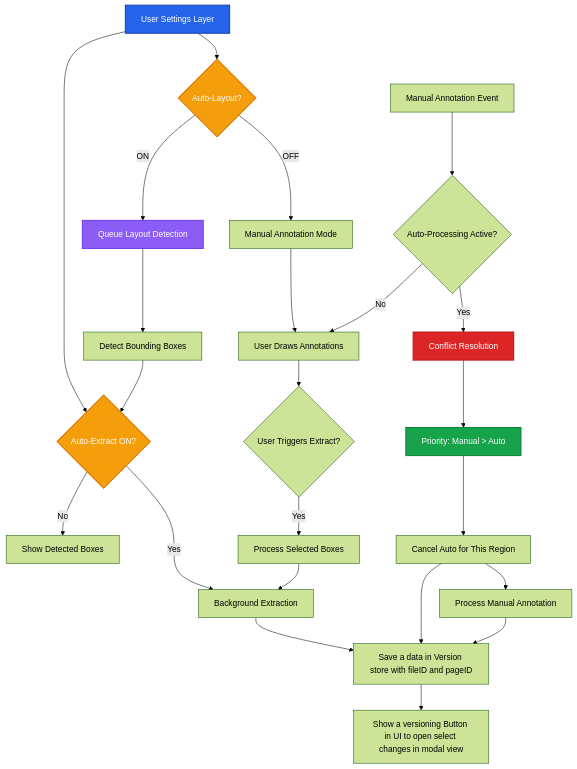
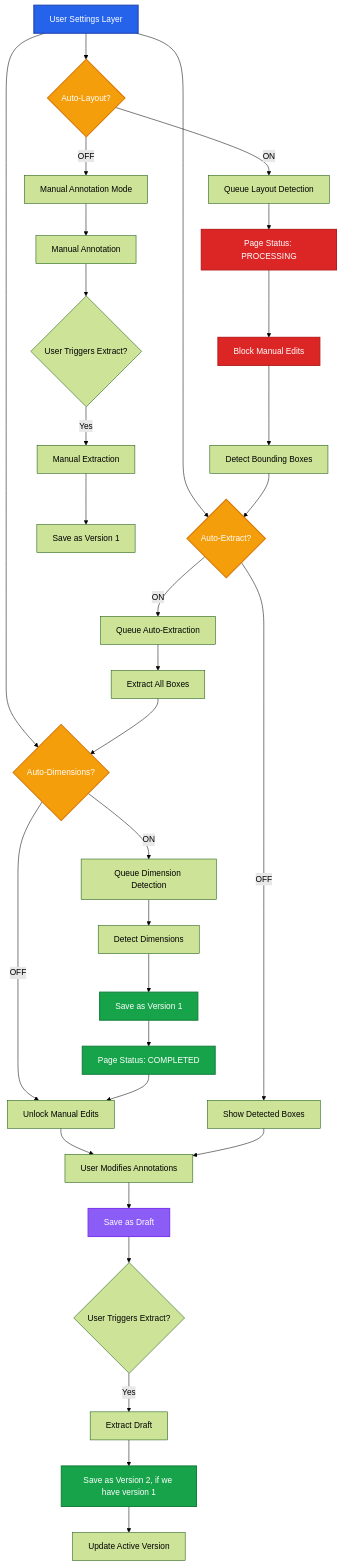
Before and after one commit to coffeeinc-in/adeos-fe-docs: the first of 5 diagrams in content/v3-iteration/user-control-flow.mdx, drawn with Mermaid (forest theme). The commit also changed other lines of this file, not shown here.

Commit message:
Implement feature X to enhance user experience and fix bug Y in module Z

````diff
--- a/content/v3-iteration/user-control-flow.mdx
+++ b/content/v3-iteration/user-control-flow.mdx
@@ -7,41 +7,53 @@
 ```mermaid
 graph TD
     A[User Settings Layer] --> B{Auto-Layout?}
-    A --> I{Auto-Extract ON?}
+    A --> C{Auto-Extract?}
+    A --> D{Auto-Dimensions?}
 
-    B -->|ON| D[Queue Layout Detection]
-    B -->|OFF| E[Manual Annotation Mode]
+    B -->|ON| E[Queue Layout Detection]
+    B -->|OFF| F[Manual Annotation Mode]
 
+    E --> G[Page Status: PROCESSING]
+    G --> H[Block Manual Edits]
+    H --> I[Detect Bounding Boxes]
+    I --> C
 
+    C -->|ON| J[Queue Auto-Extraction]
+    C -->|OFF| K[Show Detected Boxes]
 
-    D --> H[Detect Bounding Boxes]
-    H --> I{Auto-Extract ON?}
-    I -->|Yes| N
-    I -->|No| J[Show Detected Boxes]
+    J --> L[Extract All Boxes]
+    L --> D
 
-    E --> K[User Draws Annotations]
-    K --> L{User Triggers Extract?}
-    L -->|Yes| M[Process Selected Boxes]
+    D -->|ON| M[Queue Dimension Detection]
+    D -->|OFF| Q[Save as Version 1]
 
-    M --> N[Background Extraction]
-    N --> U
+    M --> O[Detect Dimensions]
+    O --> N[Save as Version 1]
+    N --> P[Page Status: COMPLETED]
+    P --> Q[Unlock Manual Edits]
 
-    O[Manual Annotation Event] --> P{Auto-Processing Active?}
-    P -->|Yes| Q[Conflict Resolution]
-    P -->|No| K
+    F --> R[Manual Annotation]
+    R --> S{User Triggers Extract?}
+    S -->|Yes| T[Manual Extraction]
+    T --> U[Save as Version 1]
 
-    Q --> R[Priority: Manual > Auto]
-    R --> S[Cancel Auto for This Region]
-    S --> U[Save a data in Version store with fileID and pageID]
-    S --> T[Process Manual Annotation]
-    T --> U
-    U --> V[Show a versioning Button in UI to open select changes in modal view]
+    Q --> V[User Modifies Annotations]
+    V --> W[Save as Draft]
+    W --> X{User Triggers Extract?}
+    X -->|Yes| Y[Extract Draft]
+    Y --> Z[Save as Version 2, if we have version 1]
+    Z --> AA[Update Active Version]
 
+    K --> V
 
     style A fill:#2563eb,stroke:#1e40af,stroke-width:2px,color:#fff
     style B fill:#f59e0b,stroke:#d97706,stroke-width:2px,color:#fff
-    style I fill:#f59e0b,stroke:#d97706,stroke-width:2px,color:#fff
-    style D fill:#8b5cf6,stroke:#7c3aed,stroke-width:2px,color:#fff
-    style Q fill:#dc2626,stroke:#b91c1c,stroke-width:2px,color:#fff
-    style R fill:#16a34a,stroke:#15803d,stroke-width:2px,color:#fff
+    style C fill:#f59e0b,stroke:#d97706,stroke-width:2px,color:#fff
+    style D fill:#f59e0b,stroke:#d97706,stroke-width:2px,color:#fff
+    style G fill:#dc2626,stroke:#b91c1c,stroke-width:2px,color:#fff
+    style H fill:#dc2626,stroke:#b91c1c,stroke-width:2px,color:#fff
+    style N fill:#16a34a,stroke:#15803d,stroke-width:2px,color:#fff
+    style P fill:#16a34a,stroke:#15803d,stroke-width:2px,color:#fff
+    style W fill:#8b5cf6,stroke:#7c3aed,stroke-width:2px,color:#fff
+    style Z fill:#16a34a,stroke:#15803d,stroke-width:2px,color:#fff
 ```
````
